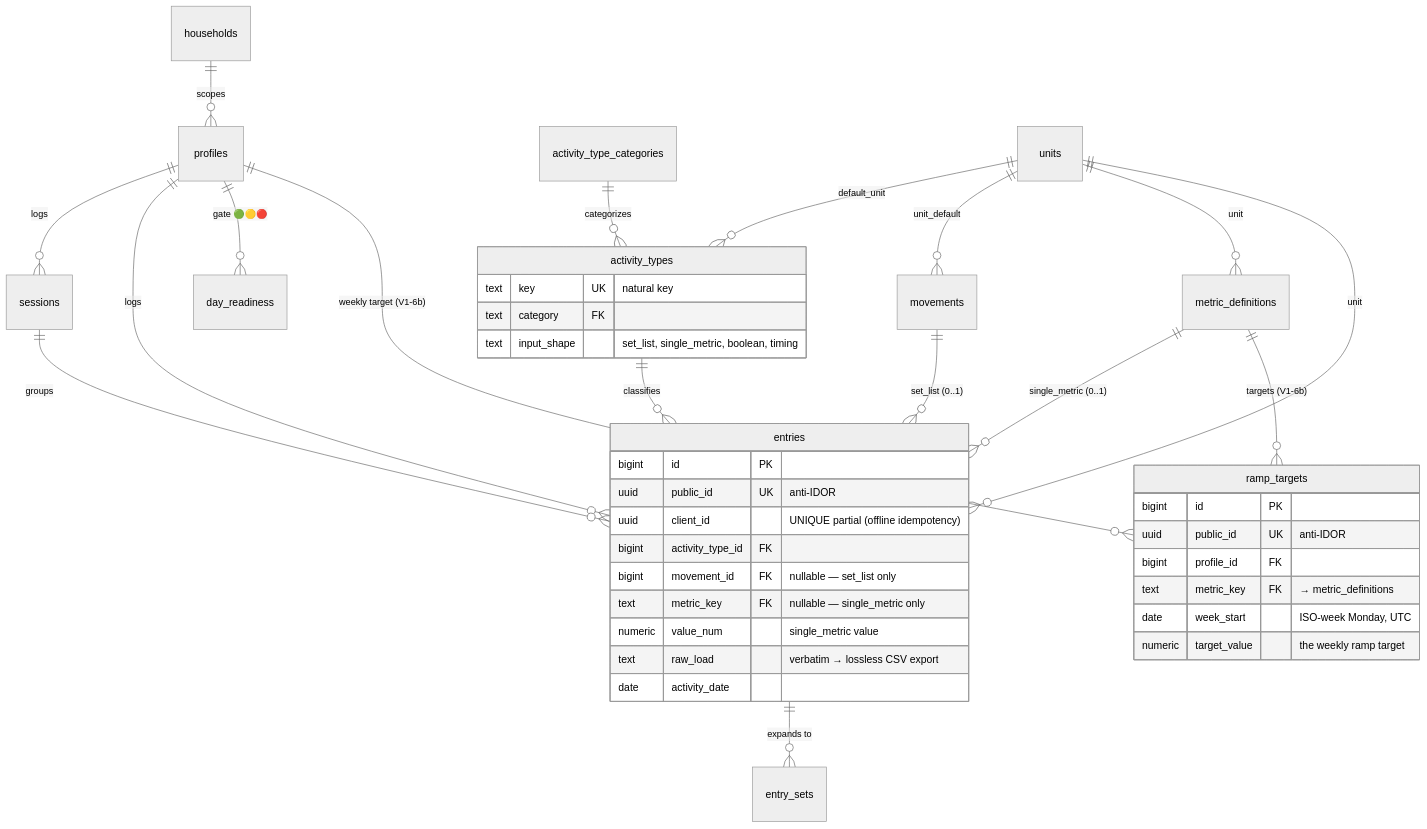
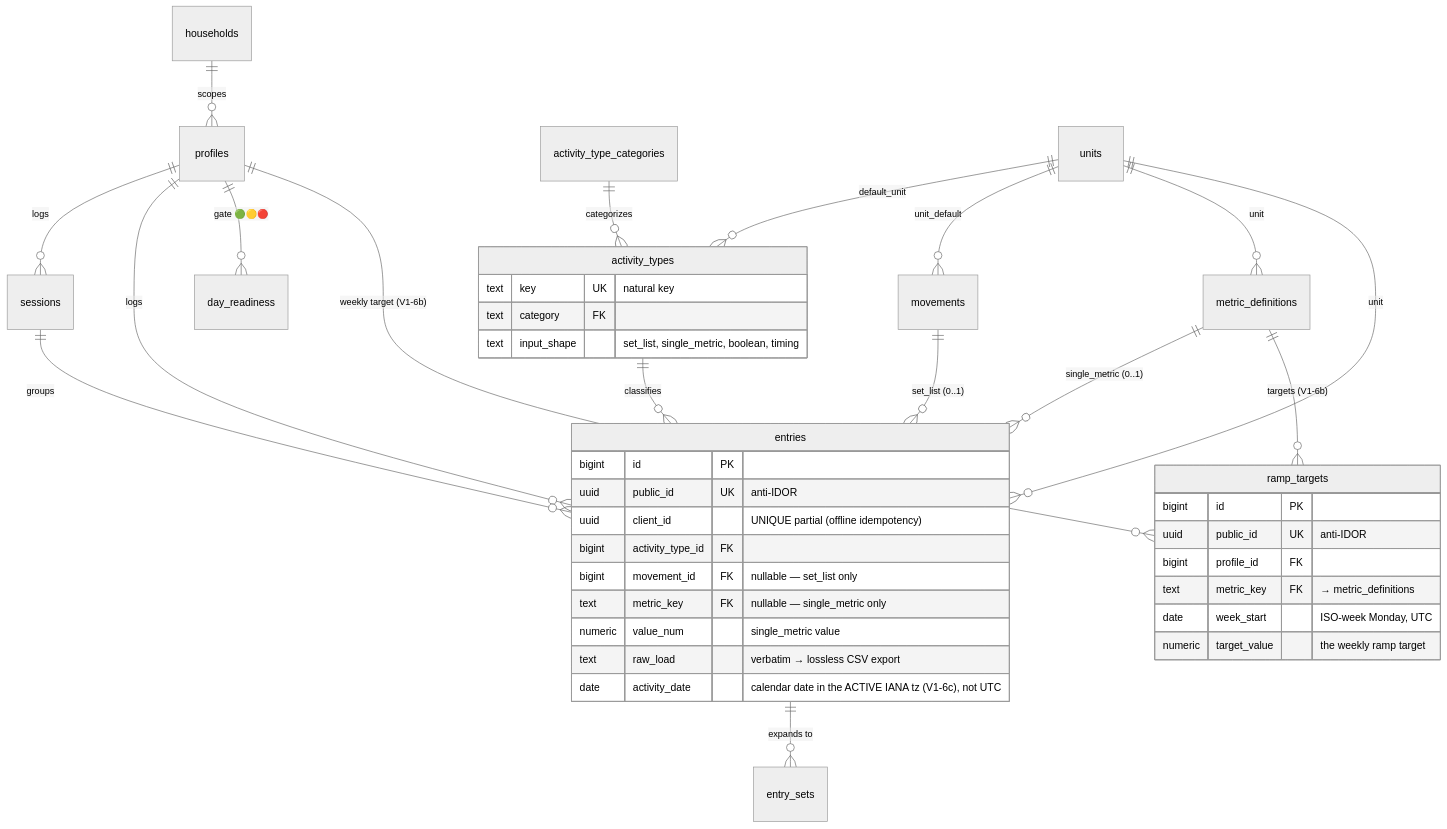
One commit to ralamode/mat-plan changed the sixth of 10 diagrams in docs/architecture.md. Above: the diagram before and after it, drawn with Mermaid (neutral theme). The commit also changed 21 other files, not shown here.

First line of the commit message:
fix(v1-6c): derive "today" from the active local timezone, not UTC

````diff
--- a/docs/architecture.md
+++ b/docs/architecture.md
@@ -139,44 +139,44 @@
 ```mermaid
 erDiagram
   households ||--o{ profiles : "scopes"
   profiles ||--o{ sessions : "logs"
   profiles ||--o{ entries : "logs"
   profiles ||--o{ day_readiness : "gate 🟢🟡🔴"
   profiles ||--o{ ramp_targets : "weekly target (V1-6b)"
   sessions ||--o{ entries : "groups"
   entries ||--o{ entry_sets : "expands to"
   activity_type_categories ||--o{ activity_types : "categorizes"
   activity_types ||--o{ entries : "classifies"
   movements ||--o{ entries : "set_list (0..1)"
   metric_definitions ||--o{ entries : "single_metric (0..1)"
   metric_definitions ||--o{ ramp_targets : "targets (V1-6b)"
   units ||--o{ activity_types : "default_unit"
   units ||--o{ movements : "unit_default"
   units ||--o{ metric_definitions : "unit"
   units ||--o{ entries : "unit"
 
   entries {
     bigint id PK
     uuid public_id UK "anti-IDOR"
     uuid client_id "UNIQUE partial (offline idempotency)"
     bigint activity_type_id FK
     bigint movement_id FK "nullable — set_list only"
     text metric_key FK "nullable — single_metric only"
     numeric value_num "single_metric value"
     text raw_load "verbatim → lossless CSV export"
-    date activity_date
+    date activity_date "calendar date in the ACTIVE IANA tz (V1-6c), not UTC"
   }
   activity_types {
     text key UK "natural key"
     text category FK
     text input_shape "set_list, single_metric, boolean, timing"
   }
   ramp_targets {
     bigint id PK
     uuid public_id UK "anti-IDOR"
     bigint profile_id FK
     text metric_key FK "→ metric_definitions"
     date week_start "ISO-week Monday, UTC"
     numeric target_value "the weekly ramp target"
   }
 ```
````
